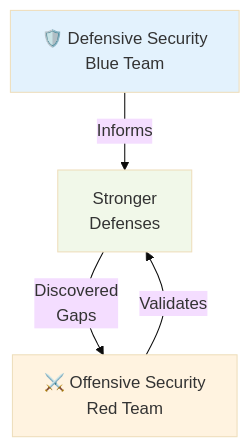
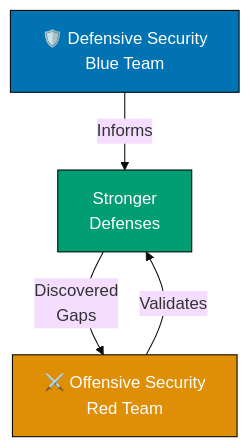
One commit to wahidyankf/open-sharia-enterprise changed the first of 3 diagrams in docs/explanation/information-security/ex-inse__offensive-security.md. Above: the diagram before and after it, drawn with Mermaid (base theme). The commit also changed other lines of this file and 22 other files, not shown here.

First line of the commit message:
docs(diagrams): ensure all mermaid diagrams use color-blind friendly palette

````diff
--- a/docs/explanation/information-security/ex-inse__offensive-security.md
+++ b/docs/explanation/information-security/ex-inse__offensive-security.md
@@ -111,10 +114,10 @@
 ```mermaid
 graph TD
     A["🛡️ Defensive Security<br/>Blue Team"] -->|Informs| C["Stronger<br/>Defenses"]
     B["⚔️ Offensive Security<br/>Red Team"] -->|Validates| C
     C -->|Discovered<br/>Gaps| B
 
-    style A fill:#e3f2fd
-    style B fill:#fff3e0
-    style C fill:#f1f8e9
+    style A fill:#0173B2,stroke:#000000,color:#FFFFFF
+    style B fill:#DE8F05,stroke:#000000,color:#FFFFFF
+    style C fill:#029E73,stroke:#000000,color:#FFFFFF
 ```
````
